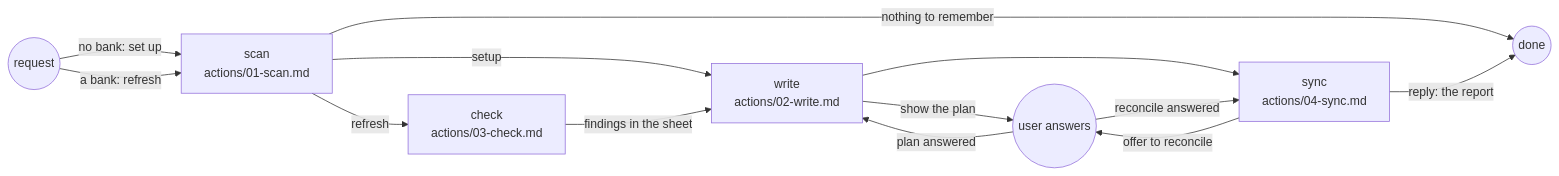
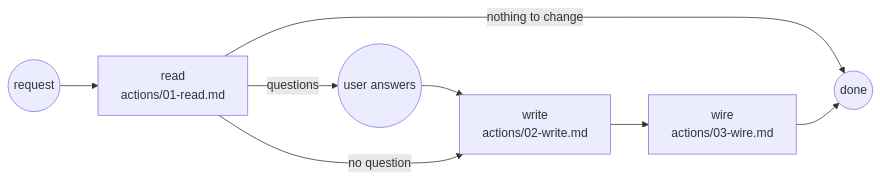
One commit to ai-driven-dev/framework changed the diagram in plugins/aidd-context/skills/02-project-memory/SKILL.md. Above: the diagram before and after it, drawn with Mermaid. The commit also changed other lines of this file and 62 other files, not shown here.

````diff
--- a/plugins/aidd-context/skills/02-project-memory/SKILL.md
+++ b/plugins/aidd-context/skills/02-project-memory/SKILL.md
@@ -11,15 +11,10 @@
 ```mermaid
 flowchart LR
-  request((request)) -->|"no bank: set up"| scan["scan<br>actions/01-scan.md"]
-  request -->|"a bank: refresh"| scan
-  scan -->|"setup"| write["write<br>actions/02-write.md"]
-  scan -->|"refresh"| check["check<br>actions/03-check.md"]
-  scan -->|"nothing to remember"| done((done))
-  check -->|"findings in the sheet"| write
-  write -->|"show the plan"| user((user answers))
-  user -->|"plan answered"| write
-  write --> sync
-  sync["sync<br>actions/04-sync.md"] -->|"offer to reconcile"| user
-  user -->|"reconcile answered"| sync
-  sync -->|"reply: the report"| done
+  request((request)) --> read["read<br>actions/01-read.md"]
+  read -->|"nothing to change"| done((done))
+  read -->|"questions"| user((user answers))
+  user --> write
+  read -->|"no question"| write["write<br>actions/02-write.md"]
+  write --> wire["wire<br>actions/03-wire.md"]
+  wire --> done
 ```
````
